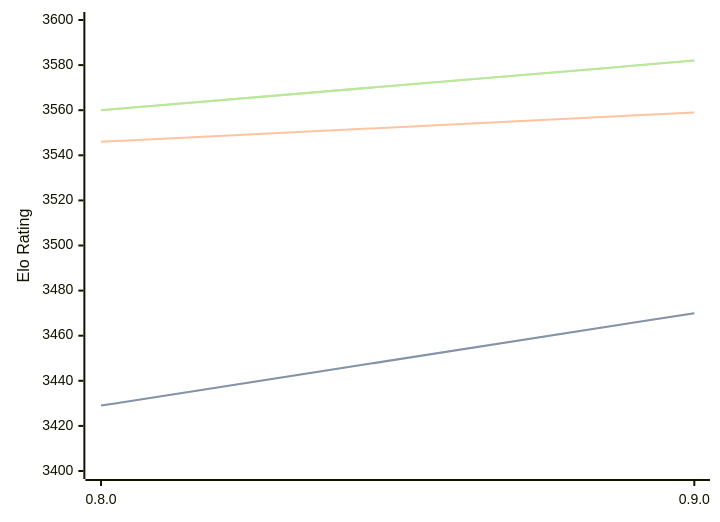
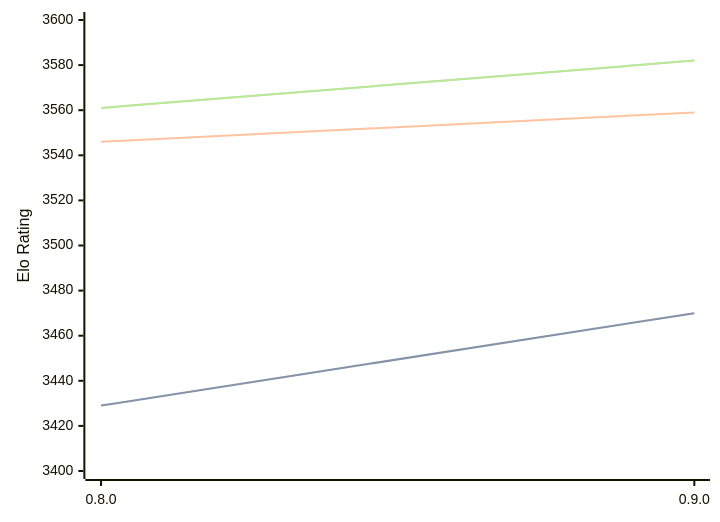
One commit to computer-chess-index/cci changed the diagram in engines/Reckless.md. Above: the diagram before and after it, drawn with Mermaid. The commit also changed other lines of this file, not shown here.

Commit message:
Update CCI Ratings (ELO VLTC) - 2026-07-22

````diff
--- a/engines/Reckless.md
+++ b/engines/Reckless.md
@@ -39,11 +39,11 @@
 ```mermaid
 %%{init: {"theme":"base","themeVariables":{"seriesColors:['#a3a3a3','#222221','#faa371']}}}%%
 xychart-beta
   x-axis ["0.8.0", "0.9.0"]
   y-axis "Elo Rating" 3400 --> 3600
   line "STC (8.0+0.08s)" [3429, 3470]
   line "STC (8.0+0.08s)" [3429, 3470]
   line "LTC (60.0+0.60s)" [3546, 3559]
-  line "VLTC (2m24s+1.12s)" [3560, 3582]
-  line "VLTC (2m24s+1.12s)" [3560, 3582]
+  line "VLTC (2m24s+1.12s)" [3561, 3582]
+  line "VLTC (2m24s+1.12s)" [3561, 3582]
 ```
````
